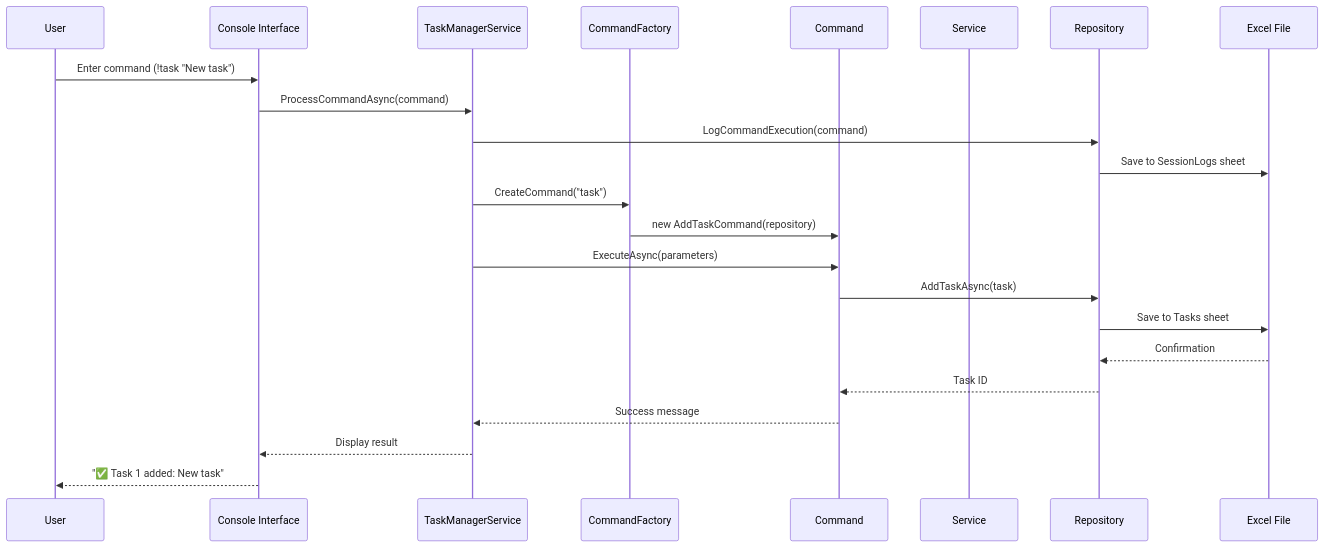
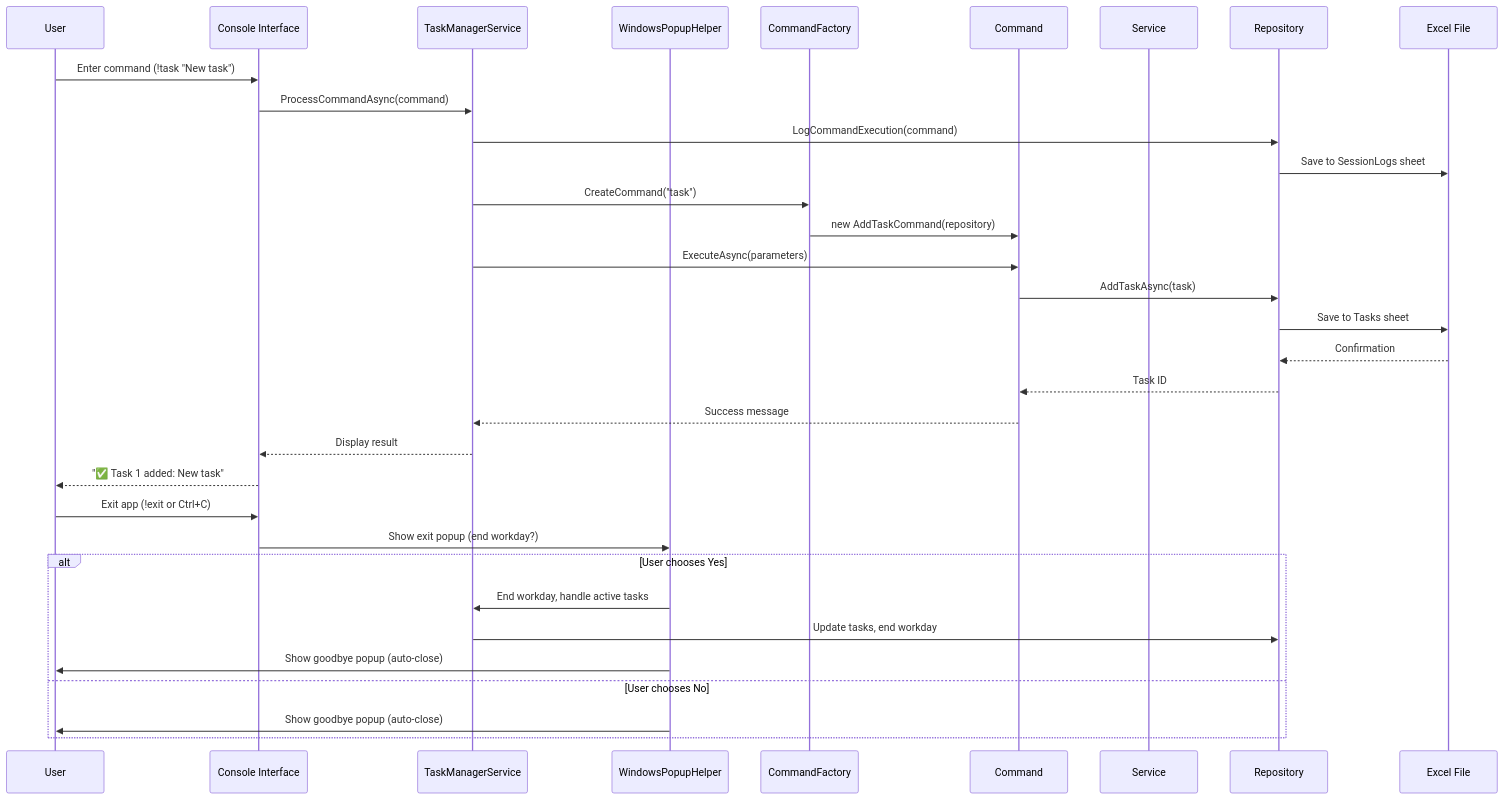
Before and after one commit to nirajpant07/TaskManagerCLI: the second of 7 diagrams in ARCHITECTURE.md, drawn with Mermaid. The commit also changed other lines of this file and 2 other files, not shown here.

Commit message:
docs: update documentation for exit popup workflow and add detailed user instructions
- Updated README.md to document the new Windows popup exit workflow, including feature highlights, usage instructions, troubleshooting, and best practices.
- Updated ARCHITECTURE.md to include WindowsPopupHelper in diagrams and component relationships, and to describe the exit workflow in the data flow and reliability sections.
- Added INSTRUCTIONS.md: a comprehensive, user-friendly guide covering system overview, installation, all commands, exit workflow, HTML report sections, best practices, troubleshooting, and contribution info.
- Clarified the limitation regarding the X button and the goodbye popup.

````diff
--- a/ARCHITECTURE.md
+++ b/ARCHITECTURE.md
@@ -210,26 +213,36 @@
 ```mermaid
 sequenceDiagram
     participant User
     participant CLI as Console Interface
     participant TM as TaskManagerService
+    participant POPUP as WindowsPopupHelper
     participant CF as CommandFactory
     participant CMD as Command
     participant SVC as Service
     participant REPO as Repository
     participant Excel as Excel File
 
     User->>CLI: Enter command (!task "New task")
     CLI->>TM: ProcessCommandAsync(command)
     TM->>REPO: LogCommandExecution(command)
     REPO->>Excel: Save to SessionLogs sheet
     TM->>CF: CreateCommand("task")
     CF->>CMD: new AddTaskCommand(repository)
     TM->>CMD: ExecuteAsync(parameters)
     CMD->>REPO: AddTaskAsync(task)
     REPO->>Excel: Save to Tasks sheet
     Excel-->>REPO: Confirmation
     REPO-->>CMD: Task ID
     CMD-->>TM: Success message
     TM-->>CLI: Display result
     CLI-->>User: "✅ Task 1 added: New task"
+    User->>CLI: Exit app (!exit or Ctrl+C)
+    CLI->>POPUP: Show exit popup (end workday?)
+    alt User chooses Yes
+        POPUP->>TM: End workday, handle active tasks
+        TM->>REPO: Update tasks, end workday
+        POPUP->>User: Show goodbye popup (auto-close)
+    else User chooses No
+        POPUP->>User: Show goodbye popup (auto-close)
+    end
 ```
````
